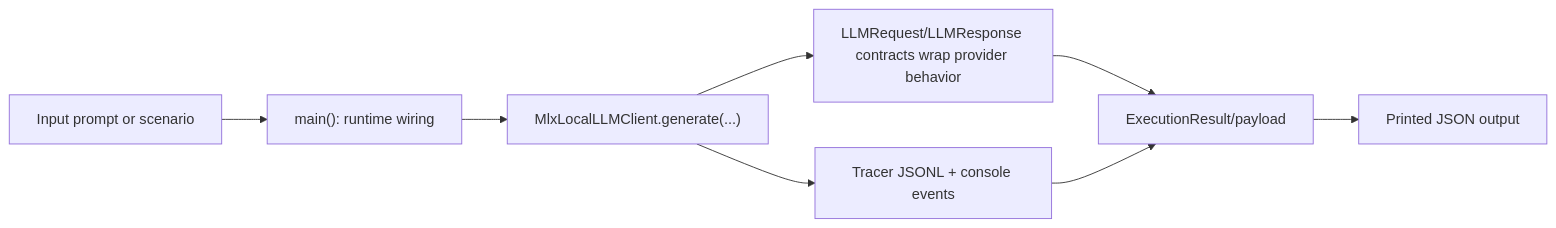
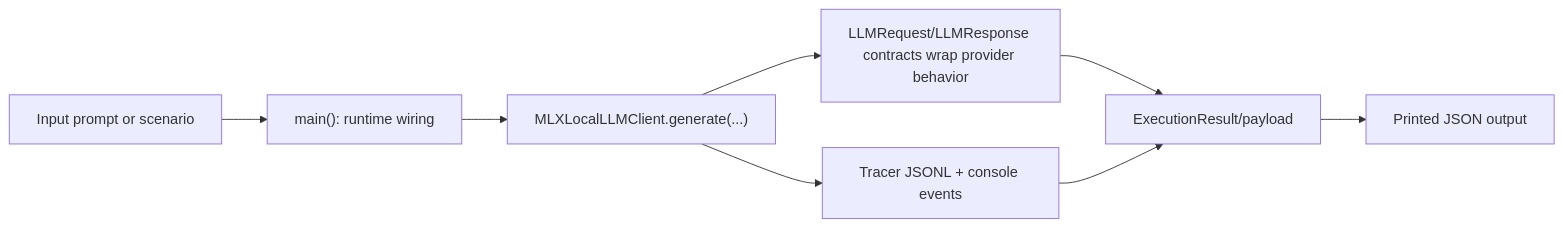
One commit to cmudrc/design-research-agents changed the diagram in docs/examples/clients/mlx_local_client.rst. Above: the diagram before and after it, drawn with Mermaid. The commit also changed other lines of this file and 87 other files, not shown here.

```diff
--- a/docs/examples/clients/mlx_local_client.rst
+++ b/docs/examples/clients/mlx_local_client.rst
@@ -22,10 +22,10 @@
 .. mermaid::
 
    flowchart LR
        A["Input prompt or scenario"] --> B["main(): runtime wiring"]
-       B --> C["MlxLocalLLMClient.generate(...)"]
+       B --> C["MLXLocalLLMClient.generate(...)"]
        C --> D["LLMRequest/LLMResponse contracts wrap provider behavior"]
        C --> E["Tracer JSONL + console events"]
        D --> F["ExecutionResult/payload"]
        E --> F
        F --> G["Printed JSON output"]
```
